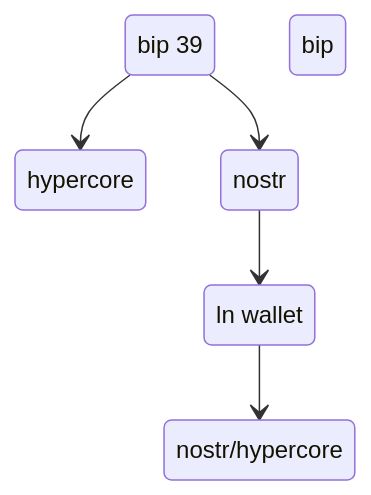
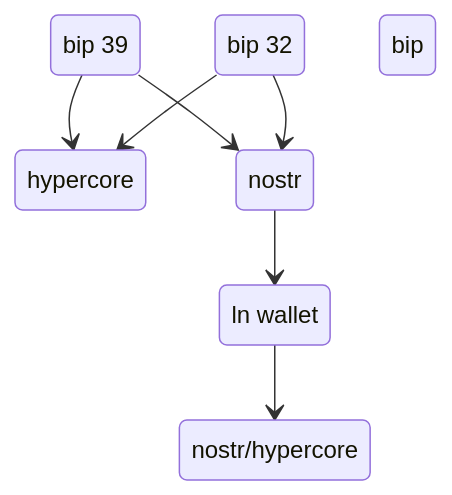
The diagram in README.md (AreaLayer/FireBolt), drawn with Mermaid before and after one commit.

````diff
--- a/README.md
+++ b/README.md
@@ -41,12 +41,15 @@
 ```mermaid
 stateDiagram
     wallet: ln wallet
     bip 39: bip 39
+    bip 32: bip 32
     hypercore: hypercore
     nostr: nostr
 
     bip 39 --> nostr
     bip 39 --> hypercore
+    bip 32 --> nostr
+    bip 32 --> hypercore
     nostr --> wallet
     wallet --> nostr/hypercore
 ```
````
